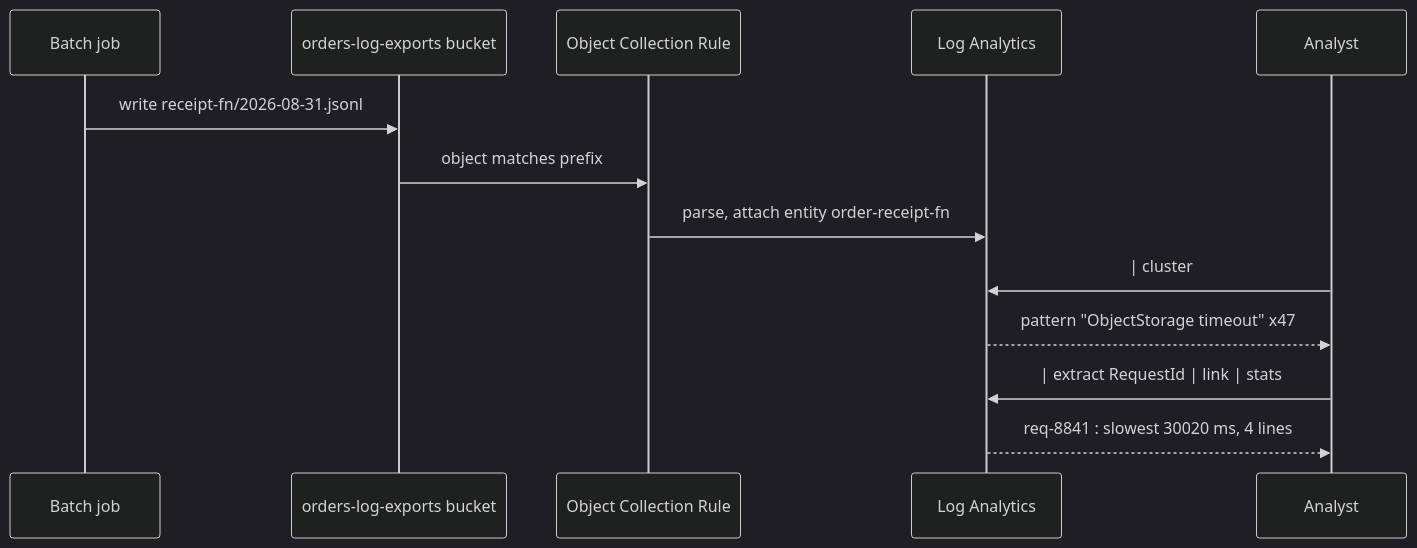
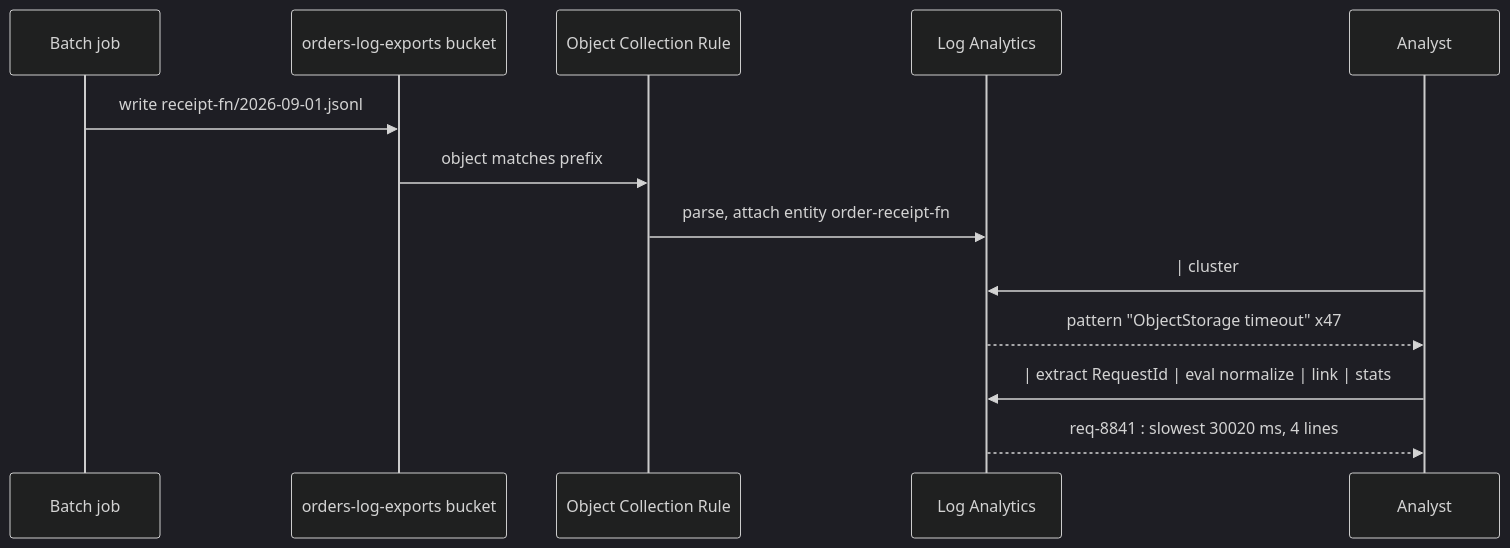
Before and after one commit to leonlnj/engineering-gym: the third of 3 diagrams in 04-oracle/observability-professional/05-log-analytics.md, drawn with Mermaid (dark theme). The commit also changed other lines of this file and 10 other files, not shown here.

````diff
--- a/04-oracle/observability-professional/05-log-analytics.md
+++ b/04-oracle/observability-professional/05-log-analytics.md
@@ -299,16 +310,16 @@
 ```mermaid
 sequenceDiagram
     participant BJ as Batch job
     participant OB as orders-log-exports bucket
     participant OCR as Object Collection Rule
     participant LA as Log Analytics
     participant AN as Analyst
 
-    BJ->>OB: write receipt-fn/2026-08-31.jsonl
+    BJ->>OB: write receipt-fn/2026-09-01.jsonl
     OB->>OCR: object matches prefix
     OCR->>LA: parse, attach entity order-receipt-fn
     AN->>LA: | cluster
     LA-->>AN: pattern "ObjectStorage timeout" x47
-    AN->>LA: | extract RequestId | link | stats
+    AN->>LA: | extract RequestId | eval normalize | link | stats
     LA-->>AN: req-8841 : slowest 30020 ms, 4 lines
 ```
````
